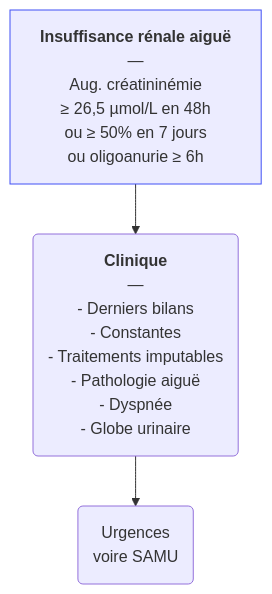
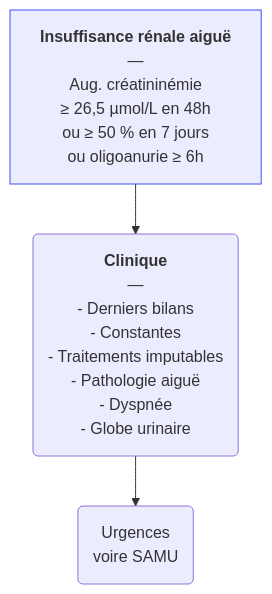
The diagram in content/recommandations/insuffisance-renale-aigue.md (djibe/recommandations-medicales), drawn with Mermaid before and after one commit. The commit also changed other lines of this file and 167 other files, not shown here.

```diff
--- a/content/recommandations/insuffisance-renale-aigue.md
+++ b/content/recommandations/insuffisance-renale-aigue.md
@@ -183,5 +183,5 @@
 {{< mermaid title="Prise en charge d'une insuffisance rénale aiguë. Dr JB Fron d'après Collèges et KDIGO 2012" >}}
 graph TB
-  IRA["<b>Insuffisance rénale aiguë</b><br>—<br>Aug. créatininémie<br>≥ 26,5 µmol/L en 48h<br>ou ≥ 50% en 7 jours<br>ou oligoanurie ≥ 6h"] --> clinique("<b>Clinique</b><br>—<br>- Derniers bilans<br>- Constantes<br>- Traitements imputables<br>- Pathologie aiguë<br>- Dyspnée<br>- Globe urinaire") --> urgences("Urgences<br>voire SAMU")
+  IRA["<b>Insuffisance rénale aiguë</b><br>—<br>Aug. créatininémie<br>≥ 26,5 µmol/L en 48h<br>ou ≥ 50 % en 7 jours<br>ou oligoanurie ≥ 6h"] --> clinique("<b>Clinique</b><br>—<br>- Derniers bilans<br>- Constantes<br>- Traitements imputables<br>- Pathologie aiguë<br>- Dyspnée<br>- Globe urinaire") --> urgences("Urgences<br>voire SAMU")
   style IRA stroke:#4150f5, stroke-width:1px
 {{< /mermaid >}}
```
